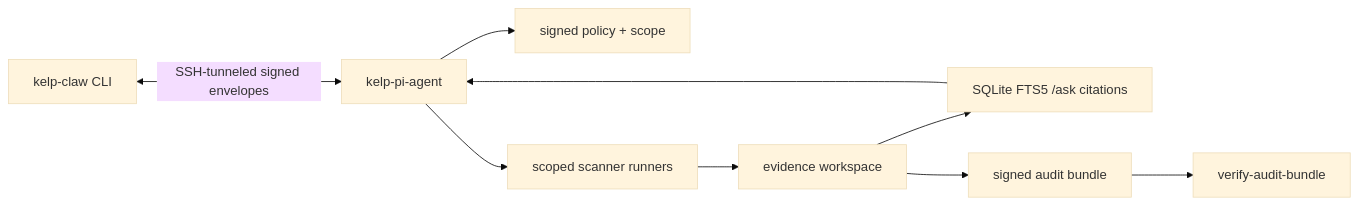
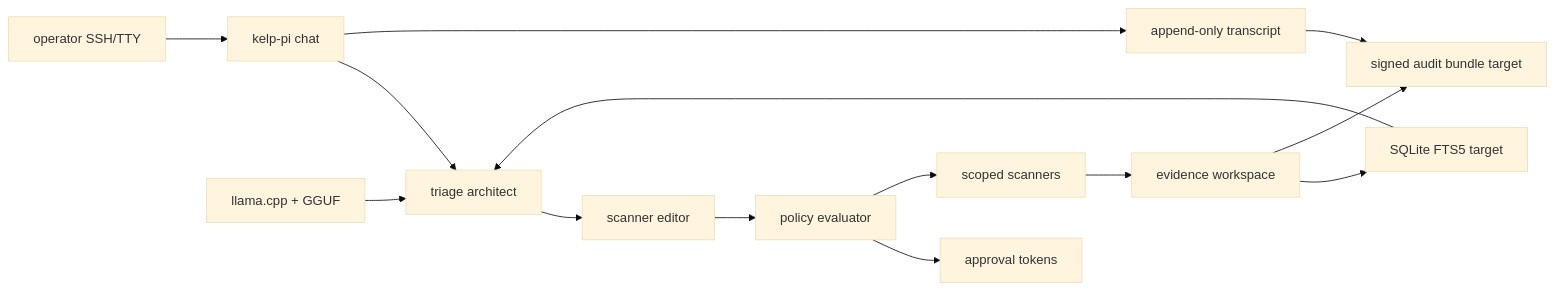
The diagram in README.md (gongahkia/onibi), drawn with Mermaid (base theme) before and after one commit. The commit also changed other lines of this file and 12 other files, not shown here.

````diff
--- a/README.md
+++ b/README.md
@@ -96,11 +62,16 @@
 ```mermaid
 flowchart LR
-  cli["kelp-claw CLI"] <-->|"SSH-tunneled signed envelopes"| agent["kelp-pi-agent"]
-  agent --> policy["signed policy + scope"]
-  agent --> scan["scoped scanner runners"]
-  scan --> evidence["evidence workspace"]
-  evidence --> index["SQLite FTS5 /ask citations"]
-  evidence --> bundle["signed audit bundle"]
-  index --> agent
-  bundle --> verify["verify-audit-bundle"]
+  operator["operator SSH/TTY"] --> repl["kelp-pi chat"]
+  repl --> architect["triage architect"]
+  architect --> editor["scanner editor"]
+  editor --> policy["policy evaluator"]
+  policy --> approvals["approval tokens"]
+  policy --> scanners["scoped scanners"]
+  scanners --> evidence["evidence workspace"]
+  evidence --> index["SQLite FTS5 target"]
+  index --> architect
+  evidence --> bundle["signed audit bundle target"]
+  repl --> transcript["append-only transcript"]
+  transcript --> bundle
+  model["llama.cpp + GGUF"] --> architect
 ```
````
